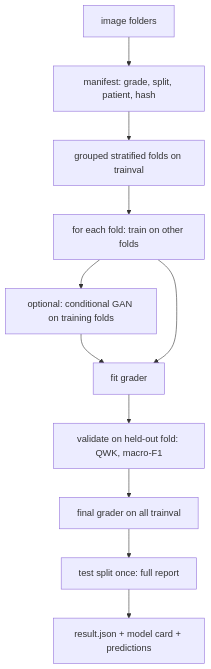
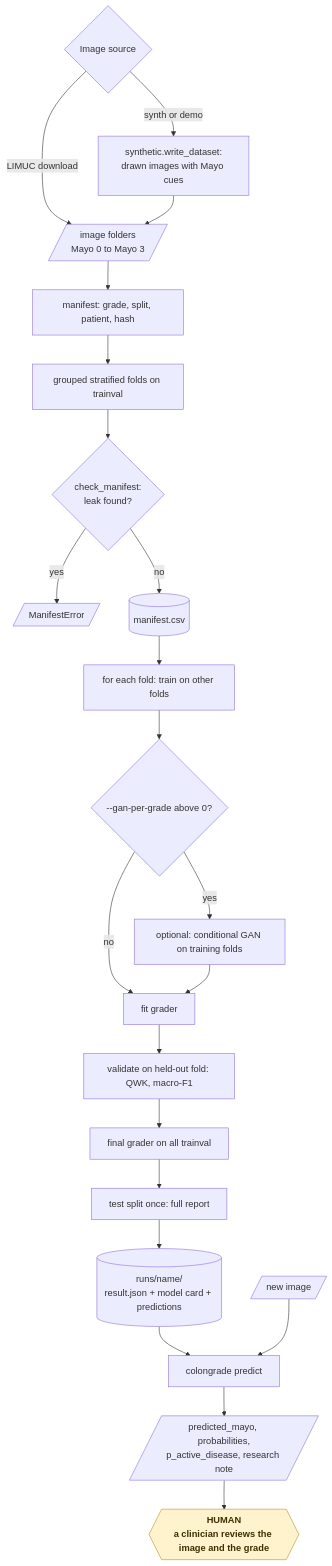
The fifth of 16 diagrams in README.md (KrishnaAnnavaram/colongrade), drawn with Mermaid before and after one commit. The commit also changed other lines of this file, not shown here.

Commit message:
Add the workflow diagrams to the README

````diff
--- a/README.md
+++ b/README.md
@@ -203,13 +263,27 @@
 ```mermaid
-flowchart TB
-    F["image folders"] --> M["manifest: grade, split, patient, hash"]
+flowchart TD
+    SRC{"Image source"} -- "synth or demo" --> SYN["synthetic.write_dataset:<br/>drawn images with Mayo cues"]
+    SRC -- "LIMUC download" --> F[/"image folders<br/>Mayo 0 to Mayo 3"/]
+    SYN --> F
+    F --> M["manifest: grade, split, patient, hash"]
     M --> FO["grouped stratified folds on trainval"]
-    FO --> CV["for each fold: train on other folds"]
-    CV --> GAN["optional: conditional GAN on training folds"]
-    GAN --> FIT["fit grader"]
-    CV --> FIT
+    FO --> CHK{"check_manifest:<br/>leak found?"}
+    CHK -- "yes" --> ERR[/"ManifestError"/]
+    CHK -- "no" --> MS[("manifest.csv")]
+    MS --> CV["for each fold: train on other folds"]
+    CV --> GQ{"--gan-per-grade above 0?"}
+    GQ -- "yes" --> GAN["optional: conditional GAN on training folds"]
+    GQ -- "no" --> FIT["fit grader"]
+    GAN --> FIT
     FIT --> VAL["validate on held-out fold: QWK, macro-F1"]
     VAL --> FIN["final grader on all trainval"]
     FIN --> TEST["test split once: full report"]
-    TEST --> CARD["result.json + model card + predictions"]
+    TEST --> CARD[("runs/name/<br/>result.json + model card + predictions")]
+    CARD --> PRED["colongrade predict"]
+    NEW[/"new image"/] --> PRED
+    PRED --> OUT[/"predicted_mayo, probabilities,<br/>p_active_disease, research note"/]
+    OUT --> HUMAN{{"HUMAN<br/>a clinician reviews the image and the grade"}}
+
+    classDef human fill:#fff3cd,stroke:#b8901f,color:#3d2f00,font-weight:bold
+    class HUMAN human
 ```
````
